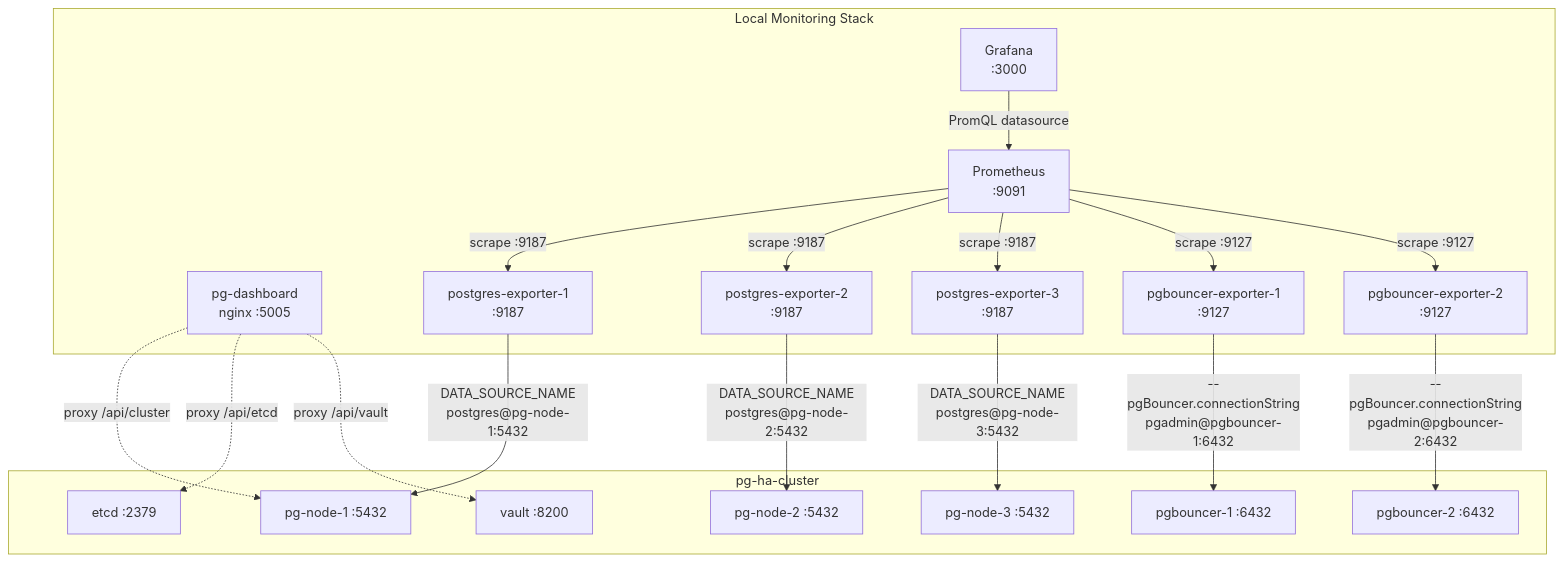
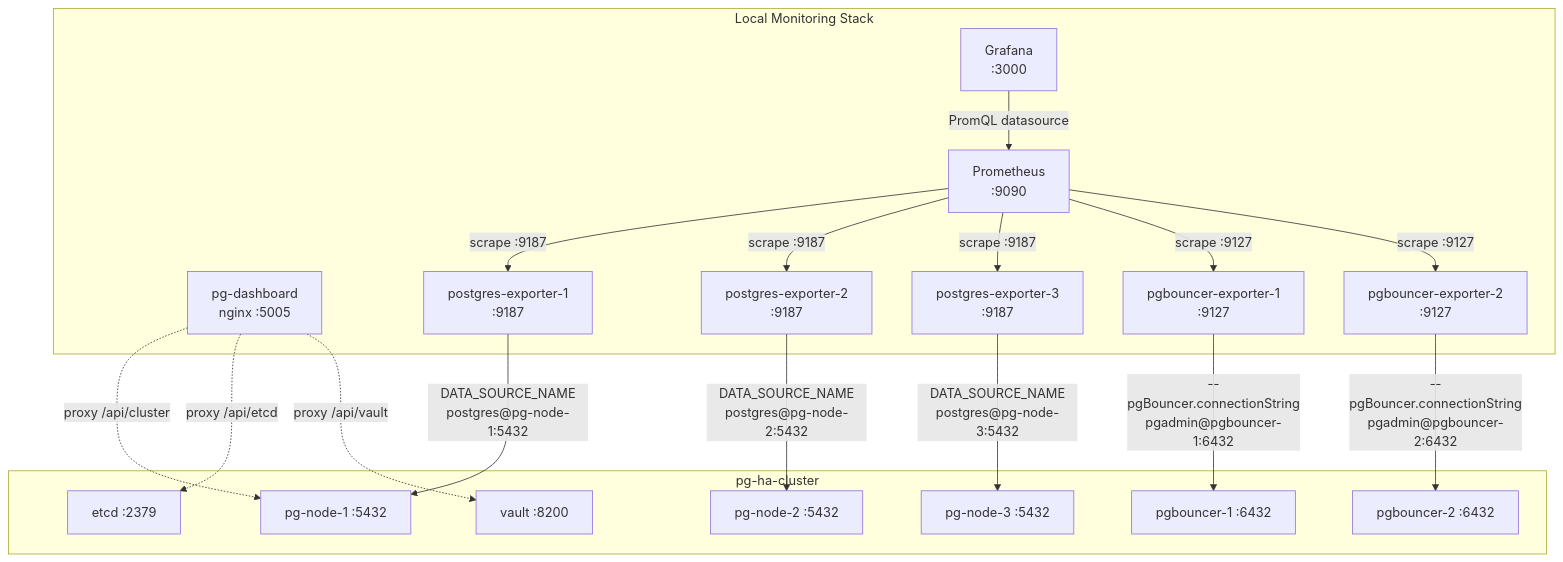
Before and after one commit to venkatajangala/terraform-docker-container-postgres: diagram 12 of 18 in docs/architecture/ARCHITECTURE.md, drawn with Mermaid. The commit also changed other lines of this file and 12 other files, not shown here.

````diff
--- a/docs/architecture/ARCHITECTURE.md
+++ b/docs/architecture/ARCHITECTURE.md
@@ -438,35 +438,35 @@
 ```mermaid
 graph TD
     subgraph MON["Local Monitoring Stack"]
         DASH["pg-dashboard\nnginx :5005"]
-        PROM["Prometheus\n:9091"]
+        PROM["Prometheus\n:9090"]
         GRAF["Grafana\n:3000"]
         PGE1["postgres-exporter-1\n:9187"]
         PGE2["postgres-exporter-2\n:9187"]
         PGE3["postgres-exporter-3\n:9187"]
         PGBE1["pgbouncer-exporter-1\n:9127"]
         PGBE2["pgbouncer-exporter-2\n:9127"]
     end
 
     subgraph CLUSTER["pg-ha-cluster"]
         PG1["pg-node-1 :5432"]
         PG2["pg-node-2 :5432"]
         PG3["pg-node-3 :5432"]
         PGB1["pgbouncer-1 :6432"]
         PGB2["pgbouncer-2 :6432"]
         ETCD["etcd :2379"]
         VAULT["vault :8200"]
     end
 
     PGE1 -->|"DATA_SOURCE_NAME\npostgres@pg-node-1:5432"| PG1
     PGE2 -->|"DATA_SOURCE_NAME\npostgres@pg-node-2:5432"| PG2
     PGE3 -->|"DATA_SOURCE_NAME\npostgres@pg-node-3:5432"| PG3
     PGBE1 -->|"--pgBouncer.connectionString\npgadmin@pgbouncer-1:6432"| PGB1
     PGBE2 -->|"--pgBouncer.connectionString\npgadmin@pgbouncer-2:6432"| PGB2
     PROM -->|"scrape :9187"| PGE1 & PGE2 & PGE3
     PROM -->|"scrape :9127"| PGBE1 & PGBE2
     GRAF -->|"PromQL datasource"| PROM
     DASH -. "proxy /api/cluster" .-> PG1
     DASH -. "proxy /api/etcd" .-> ETCD
     DASH -. "proxy /api/vault" .-> VAULT
 ```
````
